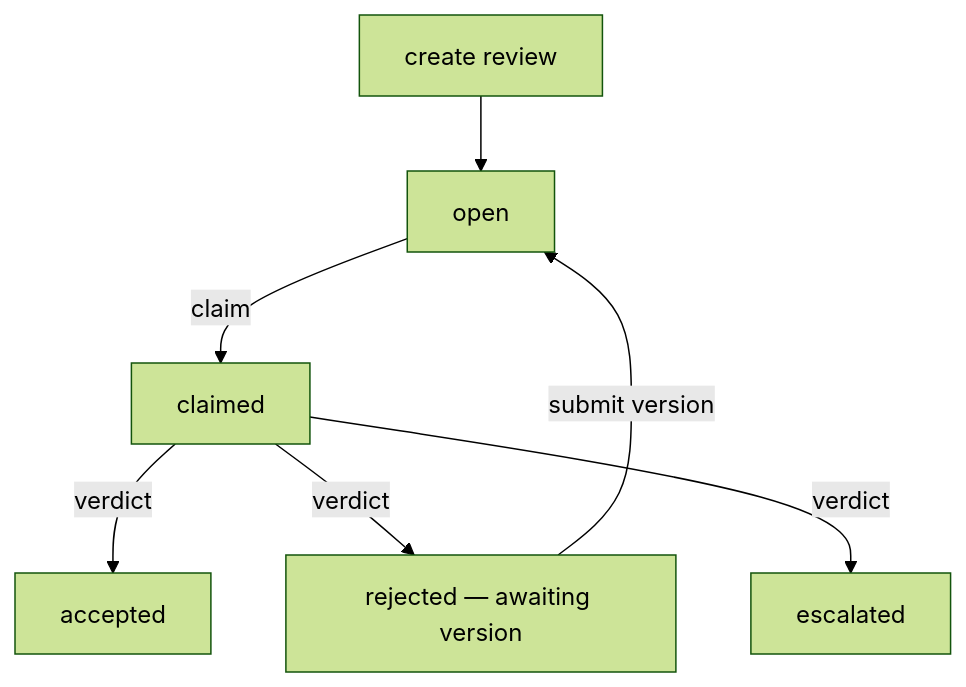
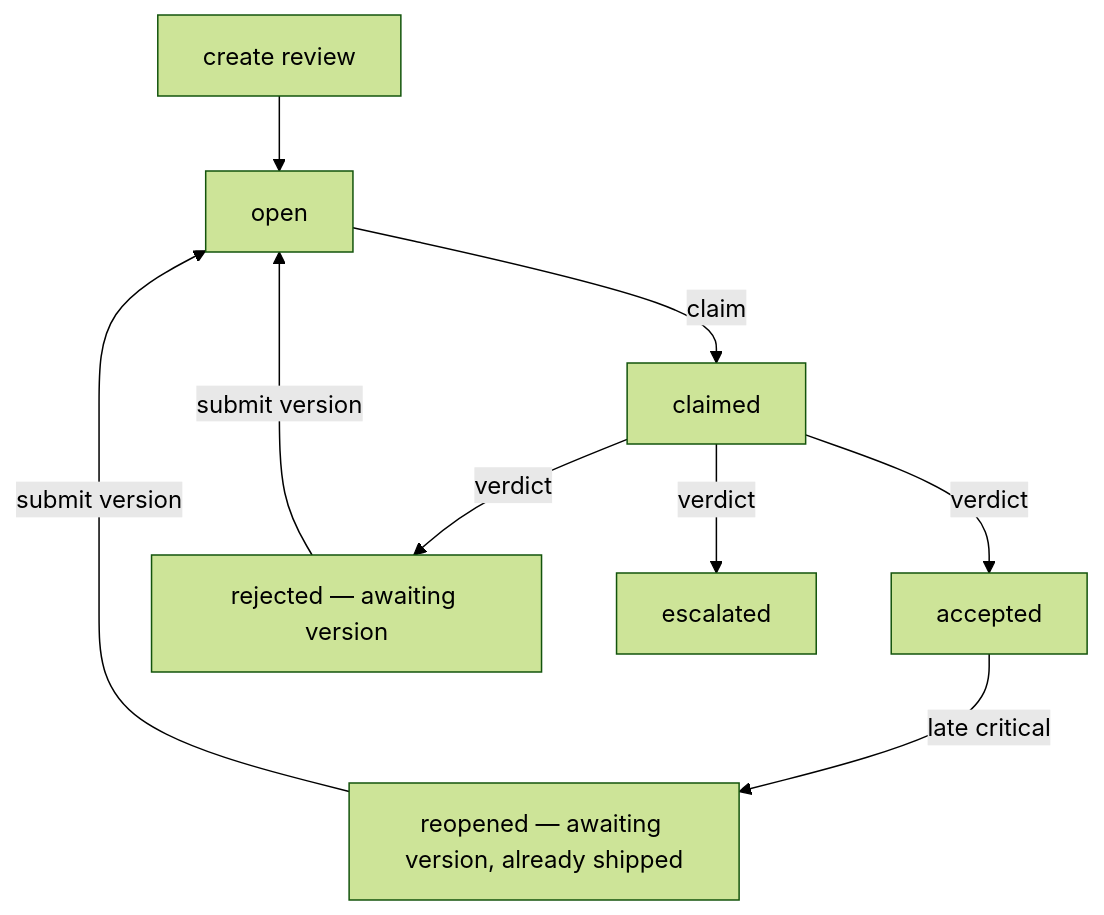
The diagram in README.md (getbeton/vobo), drawn with Mermaid (forest theme) before and after one commit. The commit also changed other lines of this file and 11 other files, not shown here.

````diff
--- a/README.md
+++ b/README.md
@@ -24,9 +24,11 @@
 ```mermaid
 flowchart TD
   create["create review"] --> open["open"]
   open -->|claim| claimed["claimed"]
   claimed -->|verdict| accepted["accepted"]
   claimed -->|verdict| rejected["rejected — awaiting version"]
   claimed -->|verdict| escalated["escalated"]
   rejected -->|submit version| open
+  accepted -->|late critical| reopened["reopened — awaiting version, already shipped"]
+  reopened -->|submit version| open
 ```
````
